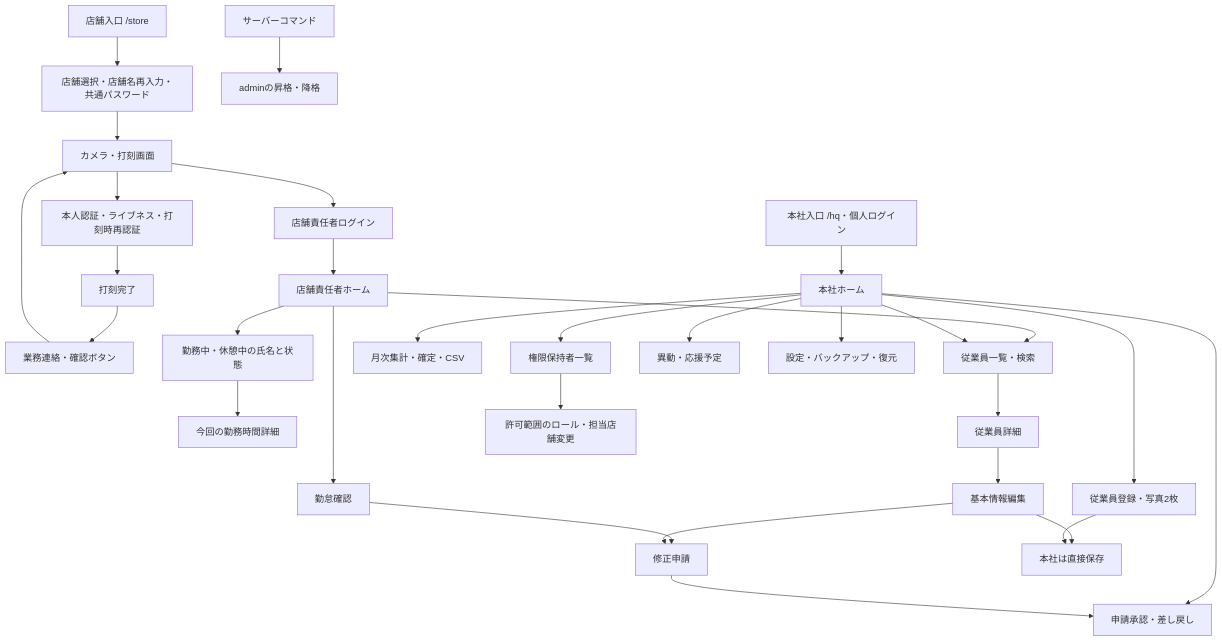
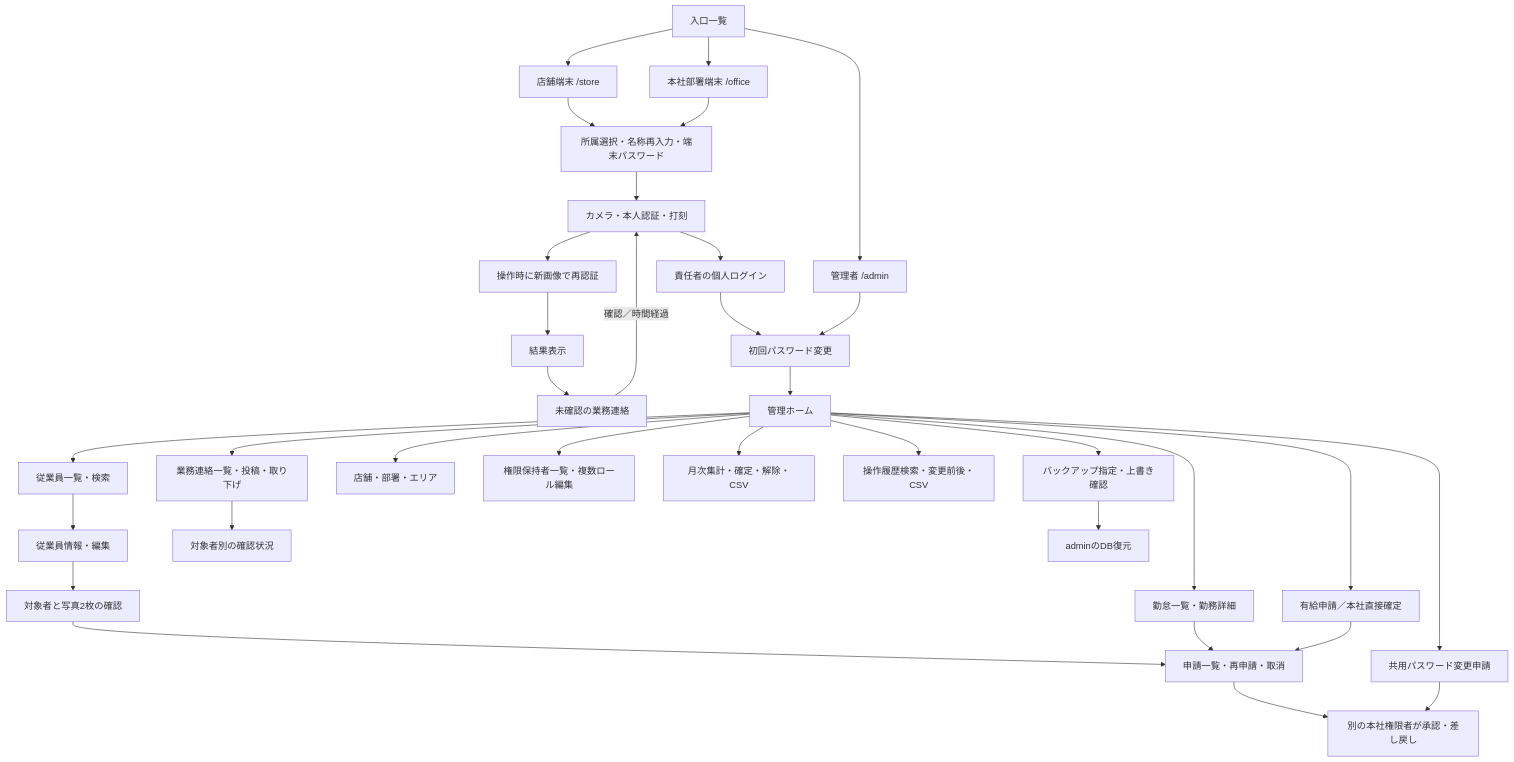
The diagram in docs/画面遷移図.md (24j5103-creator/Facial-Recognition-Attendance-System), drawn with Mermaid before and after one commit. The commit also changed other lines of this file and 39 other files, not shown here.

````diff
--- a/docs/画面遷移図.md
+++ b/docs/画面遷移図.md
@@ -3,32 +3,36 @@
 ```mermaid
 flowchart TD
-    Store[店舗入口 /store] --> Select[店舗選択・店舗名再入力・共通パスワード]
-    Select --> Clock[カメラ・打刻画面]
-    Clock --> Verify[本人認証・ライブネス・打刻時再認証]
-    Verify --> Result[打刻完了]
-    Result --> Notice[業務連絡・確認ボタン]
-    Notice --> Clock
-    Clock --> ManagerLogin[店舗責任者ログイン]
-    ManagerLogin --> ManagerHome[店舗責任者ホーム]
-    ManagerHome --> Working[勤務中・休憩中の氏名と状態]
-    Working --> WorkingDetail[今回の勤務時間詳細]
-    ManagerHome --> Attendance[勤怠確認]
-    Attendance --> Request[修正申請]
-    ManagerHome --> People[従業員一覧・検索]
-    People --> Person[従業員詳細]
-    Person --> Edit[基本情報編集]
-    Edit --> Request
-    HQLogin[本社入口 /hq・個人ログイン] --> HQHome[本社ホーム]
-    HQHome --> People
-    Edit --> Direct[本社は直接保存]
-    HQHome --> Register[従業員登録・写真2枚]
-    Register --> Direct
-    HQHome --> Review[申請承認・差し戻し]
-    Request --> Review
-    HQHome --> Monthly[月次集計・確定・CSV]
-    HQHome --> Roles[権限保持者一覧]
-    Roles --> RoleChange[許可範囲のロール・担当店舗変更]
-    Console[サーバーコマンド] --> Admin[adminの昇格・降格]
-    HQHome --> Plans[異動・応援予定]
-    HQHome --> Maintenance[設定・バックアップ・復元]
+    root[入口一覧] --> store[店舗端末 /store]
+    root --> office[本社部署端末 /office]
+    root --> admin[管理者 /admin]
+    store --> select[所属選択・名称再入力・端末パスワード]
+    office --> select
+    select --> clock[カメラ・本人認証・打刻]
+    clock --> reauth[操作時に新画像で再認証]
+    reauth --> result[結果表示]
+    result --> notice[未確認の業務連絡]
+    notice -->|確認／時間経過| clock
+    clock --> personal[責任者の個人ログイン]
+    personal --> force[初回パスワード変更]
+    admin --> force
+    force --> home[管理ホーム]
+    home --> people[従業員一覧・検索]
+    people --> detail[従業員情報・編集]
+    detail --> photo[対象者と写真2枚の確認]
+    photo --> request[申請一覧・再申請・取消]
+    home --> shift[勤怠一覧・勤務詳細]
+    shift --> request
+    home --> leave[有給申請／本社直接確定]
+    leave --> request
+    request --> review[別の本社権限者が承認・差し戻し]
+    home --> messages[業務連絡一覧・投稿・取り下げ]
+    messages --> readers[対象者別の確認状況]
+    home --> org[店舗・部署・エリア]
+    home --> grants[権限保持者一覧・複数ロール編集]
+    home --> month[月次集計・確定・解除・CSV]
+    home --> history[操作履歴検索・変更前後・CSV]
+    home --> backup[バックアップ指定・上書き確認]
+    backup --> restore[adminのDB復元]
+    home --> shared[共用パスワード変更申請]
+    shared --> review
 ```
````
